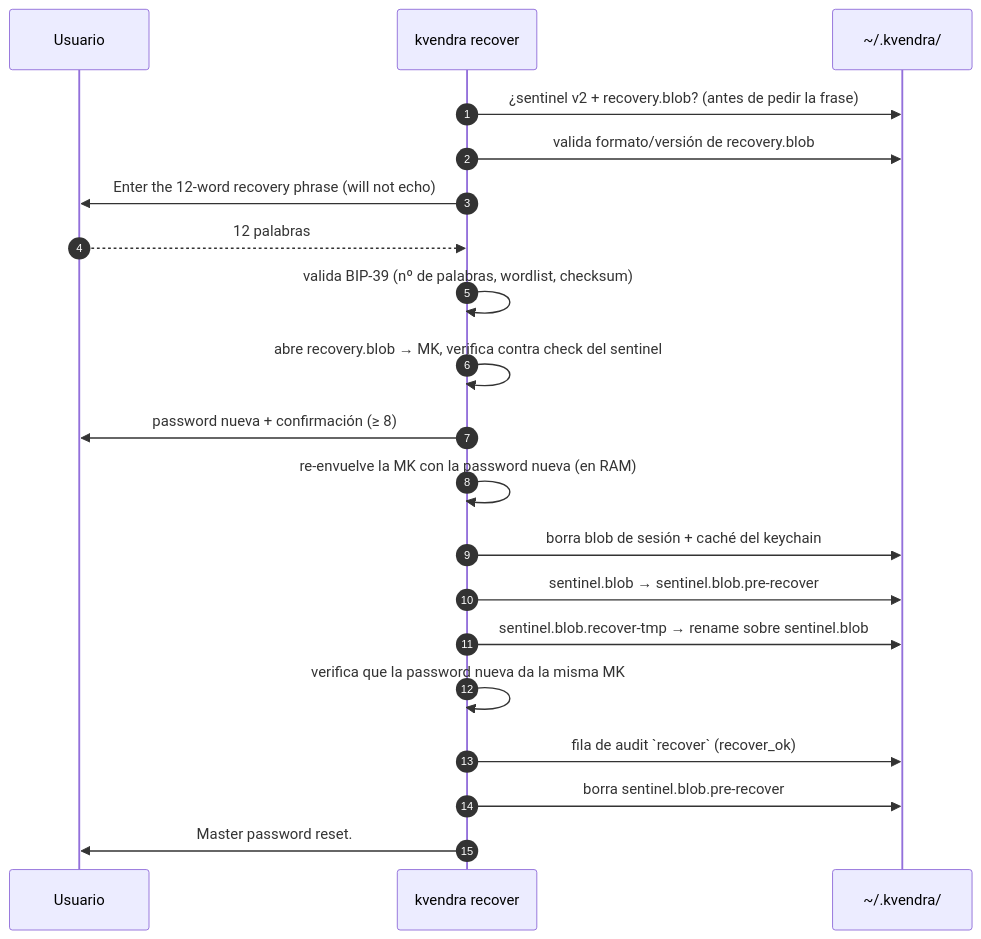
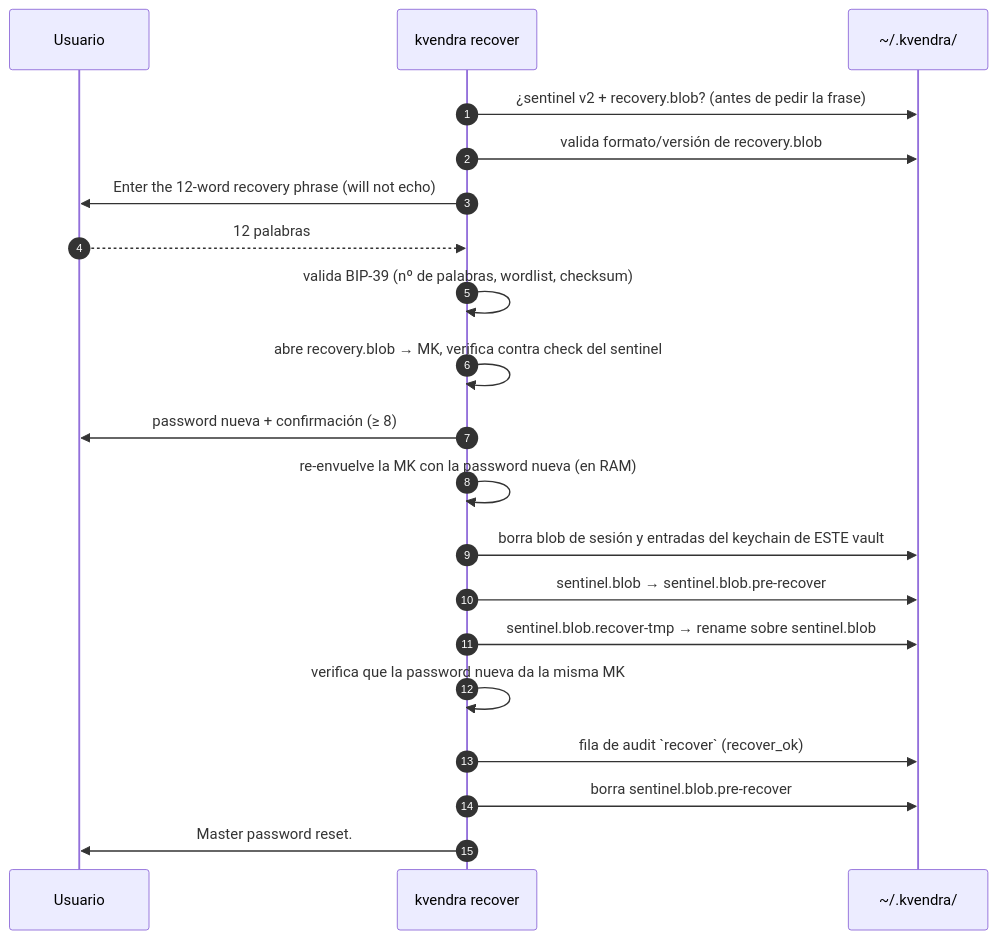
One commit to KvendraAI/kvendra-cli changed the diagram in docs/manual-kvendra-cli/10-recuperacion.md. Above: the diagram before and after it, drawn with Mermaid. The commit also changed other lines of this file and 13 other files, not shown here.

````diff
--- a/docs/manual-kvendra-cli/10-recuperacion.md
+++ b/docs/manual-kvendra-cli/10-recuperacion.md
@@ -50,23 +50,23 @@
 ```mermaid
 sequenceDiagram
     autonumber
     participant U as Usuario
     participant C as kvendra recover
     participant FS as ~/.kvendra/
 
     C->>FS: ¿sentinel v2 + recovery.blob? (antes de pedir la frase)
     C->>FS: valida formato/versión de recovery.blob
     C->>U: Enter the 12-word recovery phrase (will not echo)
     U-->>C: 12 palabras
     C->>C: valida BIP-39 (nº de palabras, wordlist, checksum)
     C->>C: abre recovery.blob → MK, verifica contra check del sentinel
     C->>U: password nueva + confirmación (≥ 8)
     C->>C: re-envuelve la MK con la password nueva (en RAM)
-    C->>FS: borra blob de sesión + caché del keychain
+    C->>FS: borra blob de sesión y entradas del keychain de ESTE vault
     C->>FS: sentinel.blob → sentinel.blob.pre-recover
     C->>FS: sentinel.blob.recover-tmp → rename sobre sentinel.blob
     C->>C: verifica que la password nueva da la misma MK
     C->>FS: fila de audit `recover` (recover_ok)
     C->>FS: borra sentinel.blob.pre-recover
     C->>U: Master password reset.
 ```
````
